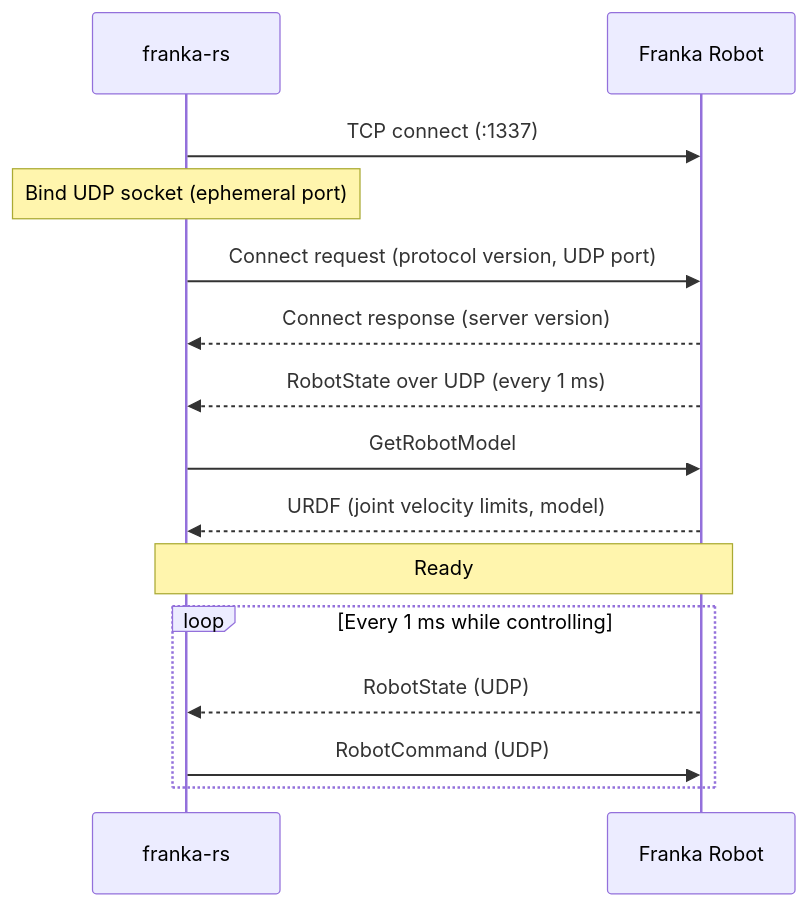
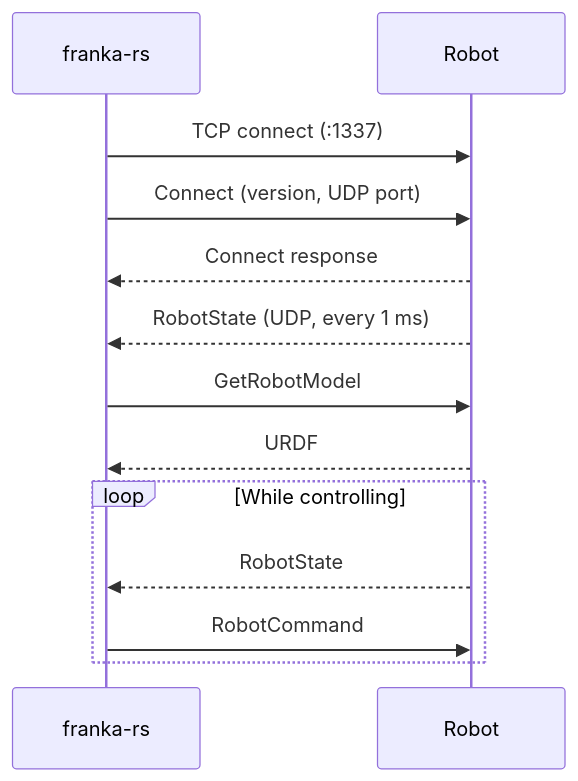
Before and after one commit to ColeTen/franka-rs: the diagram in docs/src/getting-started.md, drawn with Mermaid. The commit also changed other lines of this file and 28 other files, not shown here.

````diff
--- a/docs/src/getting-started.md
+++ b/docs/src/getting-started.md
@@ -54,19 +46,15 @@
 ```mermaid
 sequenceDiagram
-    participant App as franka-rs
-    participant Robot as Franka Robot
-
-    App->>Robot: TCP connect (:1337)
-    Note over App: Bind UDP socket (ephemeral port)
-    App->>Robot: Connect request (protocol version, UDP port)
-    Robot-->>App: Connect response (server version)
-    Robot-->>App: RobotState over UDP (every 1 ms)
-    App->>Robot: GetRobotModel
-    Robot-->>App: URDF (joint velocity limits, model)
-    Note over App,Robot: Ready
-
-    loop Every 1 ms while controlling
-        Robot-->>App: RobotState (UDP)
-        App->>Robot: RobotCommand (UDP)
+    participant A as franka-rs
+    participant R as Robot
+    A->>R: TCP connect (:1337)
+    A->>R: Connect (version, UDP port)
+    R-->>A: Connect response
+    R-->>A: RobotState (UDP, every 1 ms)
+    A->>R: GetRobotModel
+    R-->>A: URDF
+    loop While controlling
+        R-->>A: RobotState
+        A->>R: RobotCommand
     end
 ```
````
